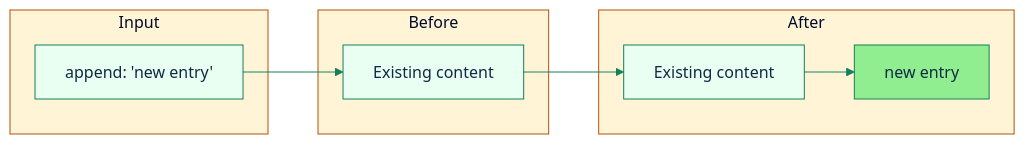
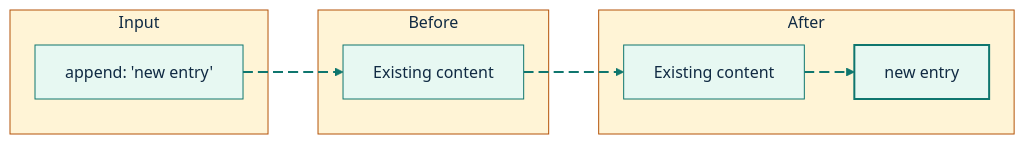
One commit to GlitterKill/sdl-mcp changed the seventh of 8 diagrams in docs/file-write-tool.md. Above: the diagram before and after it, drawn with Mermaid. The commit also changed other lines of this file and 33 other files, not shown here.

First line of the commit message:
docs: update mermaid diagram themes and styling across documentation

````diff
--- a/docs/file-write-tool.md
+++ b/docs/file-write-tool.md
@@ -355,20 +413,29 @@
 ```mermaid
-%%{init: {"theme":"base","themeVariables":{"primaryColor":"#e8fff1","primaryBorderColor":"#157f5b","primaryTextColor":"#102a43","secondaryColor":"#eef6ff","secondaryBorderColor":"#2563eb","tertiaryColor":"#fff4d6","tertiaryBorderColor":"#b45309","lineColor":"#157f5b","fontFamily":"Trebuchet MS, Arial"},"flowchart":{"curve":"basis"}}}%%
+%%{init: {"theme":"base","themeVariables":{"background":"#ffffff","primaryColor":"#E7F8F2","primaryBorderColor":"#0F766E","primaryTextColor":"#102A43","secondaryColor":"#E8F1FF","secondaryBorderColor":"#2563EB","secondaryTextColor":"#102A43","tertiaryColor":"#FFF4D6","tertiaryBorderColor":"#B45309","tertiaryTextColor":"#102A43","lineColor":"#0F766E","textColor":"#102A43","fontFamily":"Inter, ui-sans-serif, system-ui, -apple-system, BlinkMacSystemFont, Segoe UI, sans-serif"},"flowchart":{"curve":"basis","htmlLabels":true}}}%%
 flowchart LR
     subgraph Input
         A["append: 'new entry'"]
     end
     subgraph "Before"
         B[Existing content]
     end
     subgraph "After"
         C[Existing content]
         D[new entry]
     end
 
-    A --> B
-    B --> C
-    C --> D
+    A e1@--> B
+    B e2@--> C
+    C e3@--> D
 
-    style D fill:#90EE90
+    style D fill:#E7F8F2,stroke:#0F766E,stroke-width:2px,color:#102A43
+
+    classDef source fill:#E7F8F2,stroke:#0F766E,stroke-width:2px,color:#102A43;
+    classDef process fill:#E8F1FF,stroke:#2563EB,stroke-width:2px,color:#102A43;
+    classDef decision fill:#FFF4D6,stroke:#B45309,stroke-width:2px,color:#102A43;
+    classDef storage fill:#F2E8FF,stroke:#7C3AED,stroke-width:2px,color:#102A43;
+    classDef output fill:#FFE8EF,stroke:#BE123C,stroke-width:2px,color:#102A43;
+    classDef muted fill:#F8FAFC,stroke:#64748B,stroke-width:1px,color:#102A43;
+    classDef animate stroke:#0F766E,stroke-width:2px,stroke-dasharray:10\,5,stroke-dashoffset:900,animation:dash 22s linear infinite;
+    class e1,e2,e3 animate;
 ```
````
